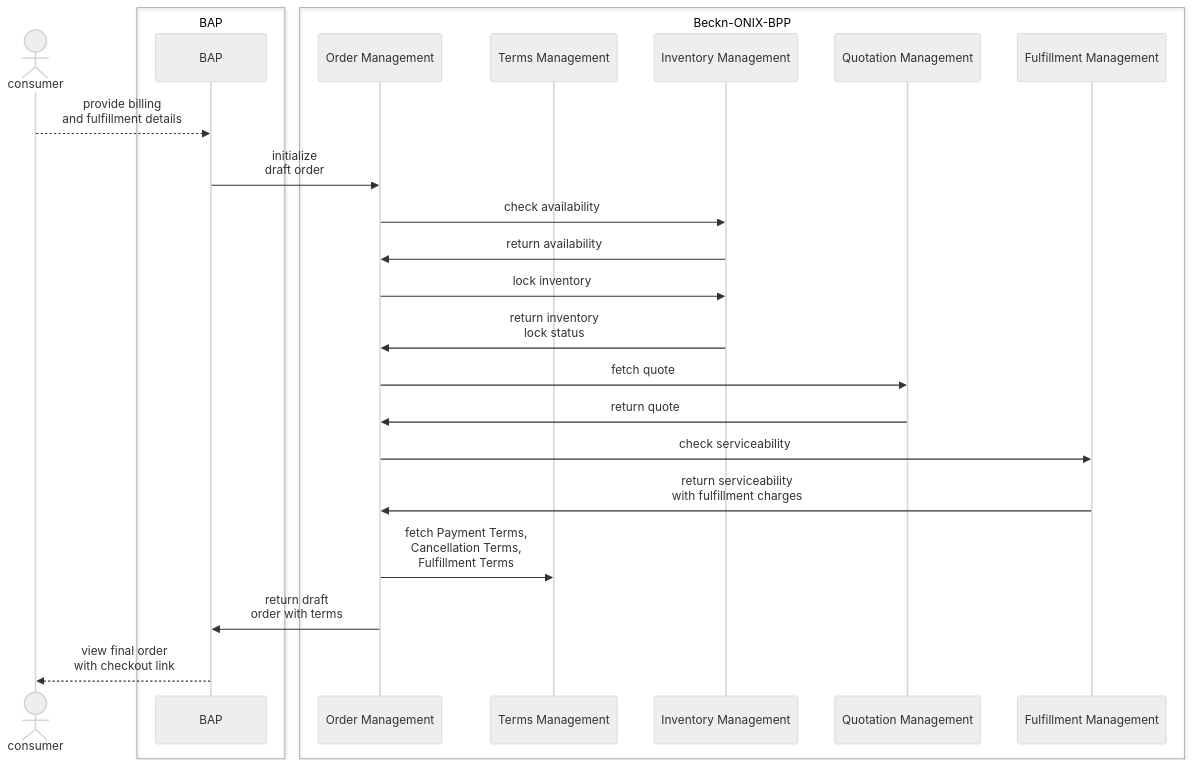
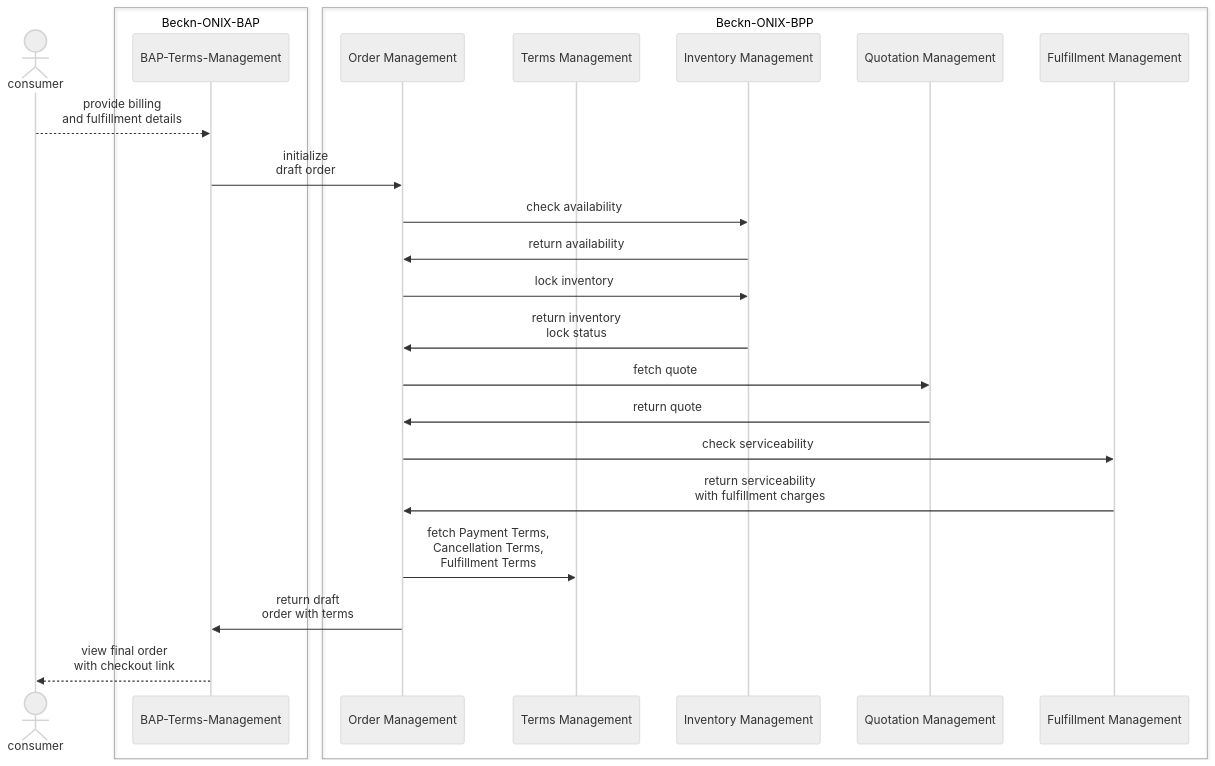
The fifth of 17 diagrams in README.md (rajaneeshk90/gitbook-exp), drawn with Mermaid (neutral theme) before and after one commit. The commit also changed other lines of this file, not shown here.

````diff
--- a/README.md
+++ b/README.md
@@ -154,28 +141,27 @@
 ```mermaid
 sequenceDiagram
     Actor consumer
-    box BAP
-    participant BAP
+    box Beckn-ONIX-BAP
+    participant BAP-Terms-Management
     end
     box Beckn-ONIX-BPP
     participant Order Management
     participant Terms Management
     participant Inventory Management
     participant Quotation Management
     participant Fulfillment Management
     end
-    consumer-->>BAP: provide billing <br/> and fulfillment details
-    BAP->>Order Management: initialize <br/> draft order
+    consumer-->>BAP-Terms-Management: provide billing <br/> and fulfillment details
+    BAP-Terms-Management->>Order Management: initialize <br/> draft order
     Order Management->>Inventory Management: check availability
     Inventory Management->>Order Management: return availability
     Order Management->>Inventory Management: lock inventory
     Inventory Management->>Order Management: return inventory <br/> lock status
     Order Management->>Quotation Management: fetch quote
     Quotation Management->>Order Management: return quote
     Order Management->>Fulfillment Management: check serviceability
     Fulfillment Management->>Order Management: return serviceability <br/> with fulfillment charges
     Order Management->>Terms Management: fetch Payment Terms, <br/> Cancellation Terms, <br/> Fulfillment Terms
-    
-Order Management->>BAP: return draft <br/> order with terms 
-    BAP-->>consumer:view final order <br/> with checkout link
+    Order Management->>BAP-Terms-Management: return draft <br/> order with terms 
+    BAP-Terms-Management-->>consumer:view final order <br/> with checkout link
 ```
````
